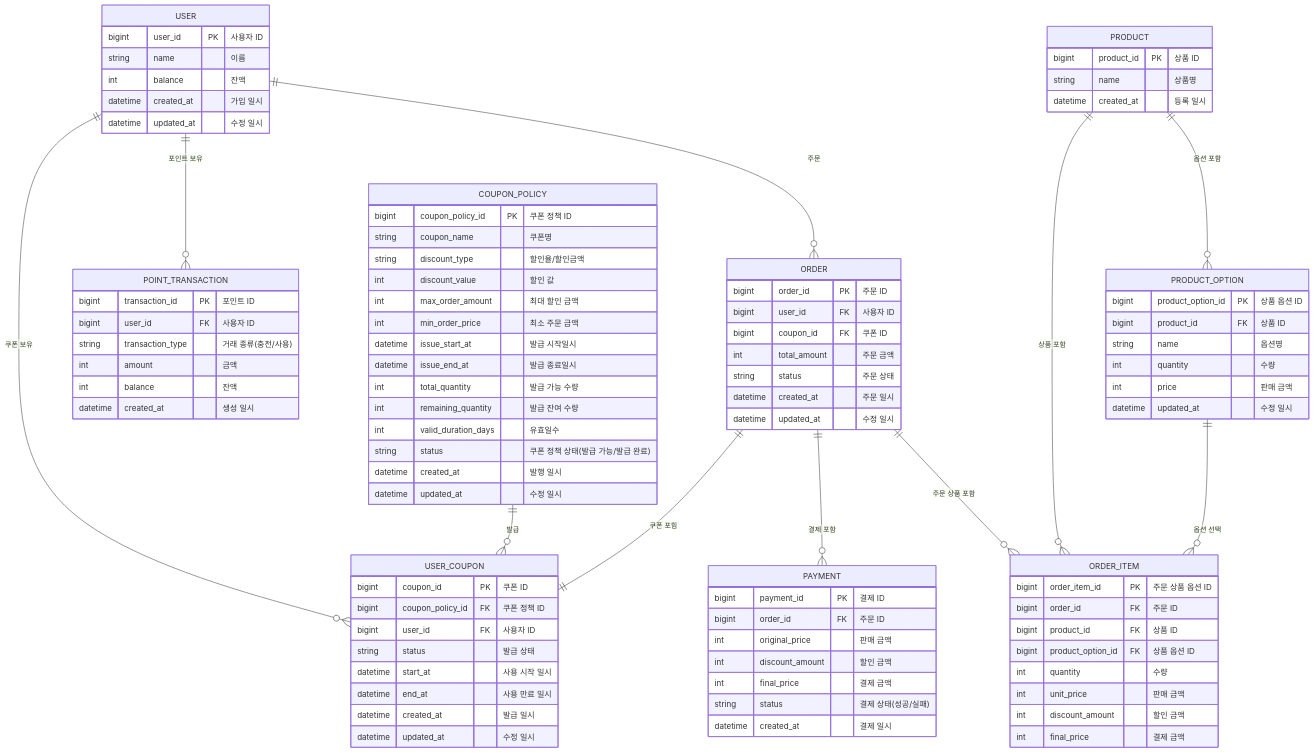
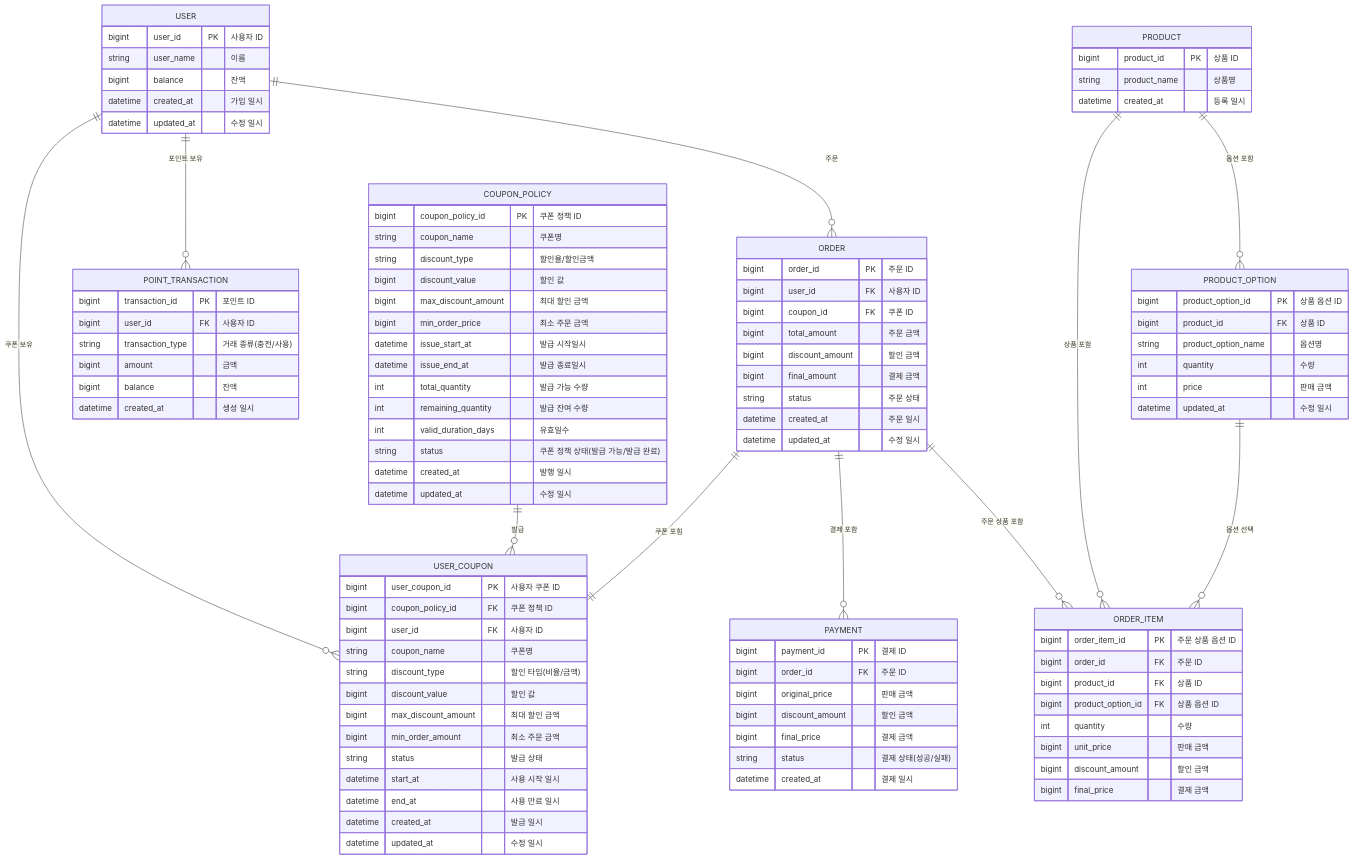
One commit to tina0430/e-commerce changed the diagram in docs/erd.md. Above: the diagram before and after it, drawn with Mermaid. The commit also changed 1 other file, not shown here.

Commit message:
docs: erd 최신화

```diff
--- a/docs/erd.md
+++ b/docs/erd.md
@@ -7,9 +7,9 @@
       bigint coupon_policy_id PK "쿠폰 정책 ID"
       string coupon_name "쿠폰명"
       string discount_type "할인율/할인금액"
-      int discount_value "할인 값"
-      int max_order_amount "최대 할인 금액"
-      int min_order_price "최소 주문 금액"
+      bigint discount_value "할인 값"
+      bigint max_discount_amount "최대 할인 금액"
+      bigint min_order_price "최소 주문 금액"
       datetime issue_start_at "발급 시작일시"
       datetime issue_end_at "발급 종료일시"
       int total_quantity "발급 가능 수량"
@@ -21,9 +21,14 @@
    }
 
     USER_COUPON {
-        bigint coupon_id PK "쿠폰 ID"
+        bigint user_coupon_id PK "사용자 쿠폰 ID"
         bigint coupon_policy_id FK "쿠폰 정책 ID"
         bigint user_id FK "사용자 ID"
+        string coupon_name "쿠폰명"
+        string discount_type "할인 타입(비율/금액)"
+        bigint discount_value "할인 값"
+        bigint max_discount_amount "최대 할인 금액"
+        bigint min_order_amount "최소 주문 금액"
         string status "발급 상태"
         datetime start_at "사용 시작 일시"
         datetime end_at "사용 만료 일시"
@@ -33,8 +38,8 @@
 
     USER {
         bigint user_id PK "사용자 ID"
-        string name "이름"
-        int balance "잔액"
+        string user_name "이름"
+        bigint balance "잔액"
         datetime created_at "가입 일시"
         datetime updated_at "수정 일시"
     }
@@ -43,21 +48,21 @@
         bigint transaction_id PK "포인트 ID"
         bigint user_id FK "사용자 ID"
         string transaction_type "거래 종류(충전/사용)"
-        int amount "금액"
-        int balance "잔액"
+        bigint amount "금액"
+        bigint balance "잔액"
         datetime created_at "생성 일시"
     }
 
     PRODUCT {
         bigint product_id PK "상품 ID"
-        string name "상품명"
+        string product_name "상품명"
         datetime created_at "등록 일시"
     }
 
     PRODUCT_OPTION {
         bigint product_option_id PK "상품 옵션 ID"
         bigint product_id FK "상품 ID"
-        string name "옵션명"
+        string product_option_name "옵션명"
         int quantity "수량"
         int price "판매 금액"
         datetime updated_at "수정 일시"
@@ -67,7 +72,9 @@
         bigint order_id PK "주문 ID"
         bigint user_id FK "사용자 ID"
         bigint coupon_id FK "쿠폰 ID"
-        int total_amount "주문 금액"
+        bigint total_amount "주문 금액"
+        bigint discount_amount "할인 금액"
+        bigint final_amount "결제 금액"
         string status "주문 상태"
         datetime created_at "주문 일시"
         datetime updated_at "수정 일시"
@@ -79,17 +86,17 @@
         bigint product_id FK "상품 ID"
         bigint product_option_id FK "상품 옵션 ID"
         int quantity "수량"
-        int unit_price "판매 금액"
-        int discount_amount "할인 금액"
-        int final_price "결제 금액"
+        bigint unit_price "판매 금액"
+        bigint discount_amount "할인 금액"
+        bigint final_price "결제 금액"
     }
 
     PAYMENT {
         bigint payment_id PK "결제 ID"
         bigint order_id FK "주문 ID"
-        int original_price "판매 금액"
-        int discount_amount "할인 금액"
-        int final_price "결제 금액"
+        bigint original_price "판매 금액"
+        bigint discount_amount "할인 금액"
+        bigint final_price "결제 금액"
         string status "결제 상태(성공/실패)"
         datetime created_at "결제 일시"
     }
```
